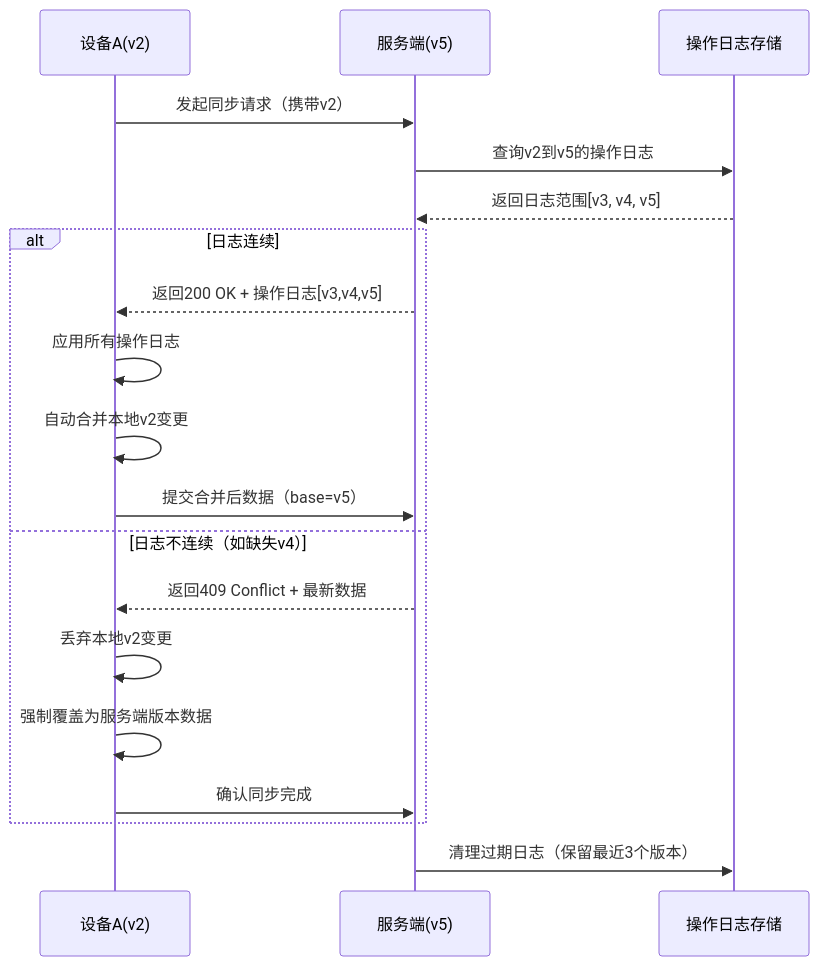
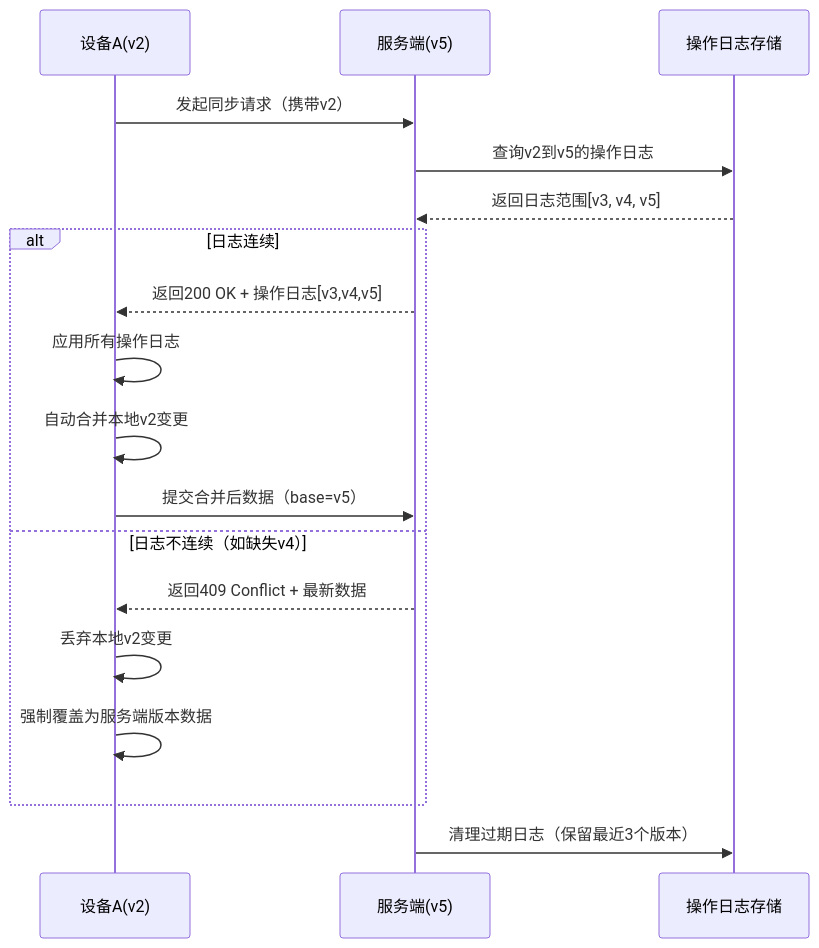
The diagram in all/未命名-24.md (yingjianzh/iodraw-files), drawn with Mermaid before and after one commit.

Commit message:
2025-02-24 11:04:11 update

````diff
--- a/all/未命名-24.md
+++ b/all/未命名-24.md
@@ -1,27 +1,27 @@
 ```mermaid
 
 sequenceDiagram
     participant A as 设备A(v2)
     participant S as 服务端(v5)
     participant DB as 操作日志存储
 
 
     A->>S: 发起同步请求（携带v2）
     S->>DB: 查询v2到v5的操作日志
     DB-->>S: 返回日志范围[v3, v4, v5]
     
     alt 日志连续
         S-->>A: 返回200 OK + 操作日志[v3,v4,v5]
         A->>A: 应用所有操作日志
         A->>A: 自动合并本地v2变更
         A->>S: 提交合并后数据（base=v5）
     else 日志不连续（如缺失v4）
         S-->>A: 返回409 Conflict + 最新数据
         A->>A: 丢弃本地v2变更
         A->>A: 强制覆盖为服务端版本数据
-        A->>S: 确认同步完成
+        
     end
     
     S->>DB: 清理过期日志（保留最近3个版本）
 
 ```
````
